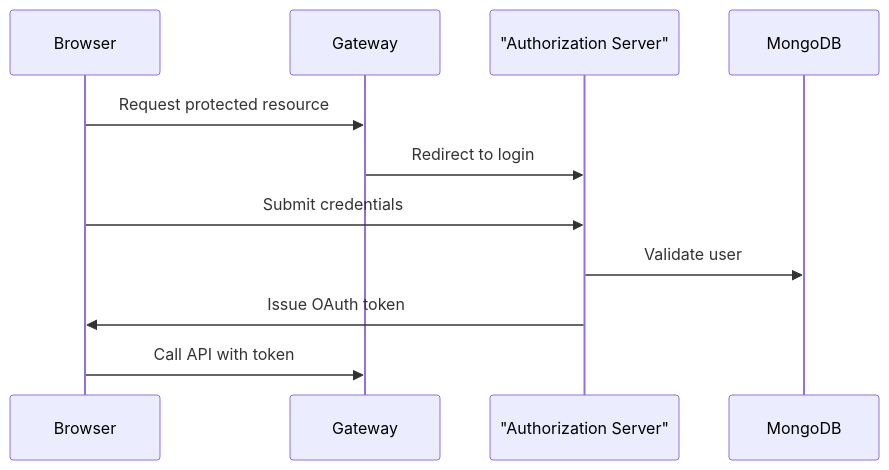
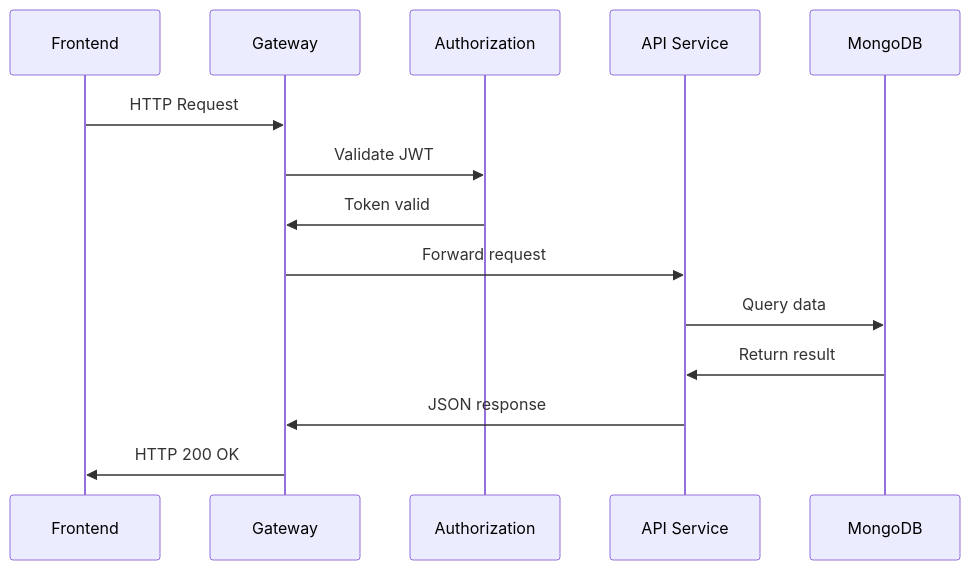
The second of 2 diagrams in docs/architecture/service-applications/service-applications.md (Praesto-Pro/openframe-oss-tenant), drawn with Mermaid before and after one commit. The commit also changed other lines of this file and 214 other files, not shown here.

````diff
--- a/docs/architecture/service-applications/service-applications.md
+++ b/docs/architecture/service-applications/service-applications.md
@@ -146,14 +295,17 @@
 ```mermaid
 sequenceDiagram
-    participant Browser
-    participant Gateway
-    participant AuthServer as "Authorization Server"
-    participant MongoDB
+    participant UI as Frontend
+    participant GW as Gateway
+    participant AUTH as Authorization
+    participant API as API Service
+    participant DB as MongoDB
 
-    Browser->>Gateway: Request protected resource
-    Gateway->>AuthServer: Redirect to login
-    Browser->>AuthServer: Submit credentials
-    AuthServer->>MongoDB: Validate user
-    AuthServer->>Browser: Issue OAuth token
-    Browser->>Gateway: Call API with token
+    UI->>GW: HTTP Request
+    GW->>AUTH: Validate JWT
+    AUTH->>GW: Token valid
+    GW->>API: Forward request
+    API->>DB: Query data
+    DB->>API: Return result
+    API->>GW: JSON response
+    GW->>UI: HTTP 200 OK
 ```
````
